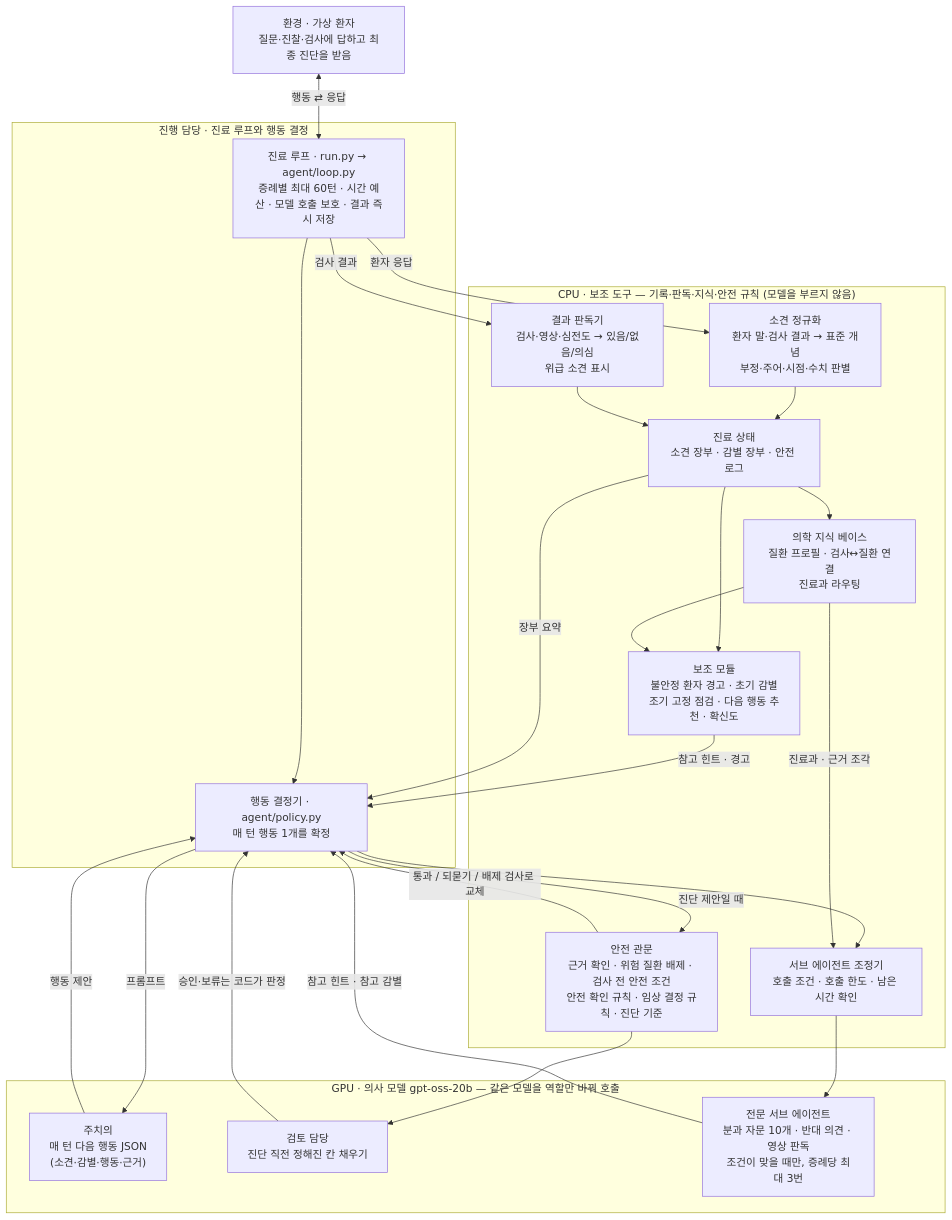
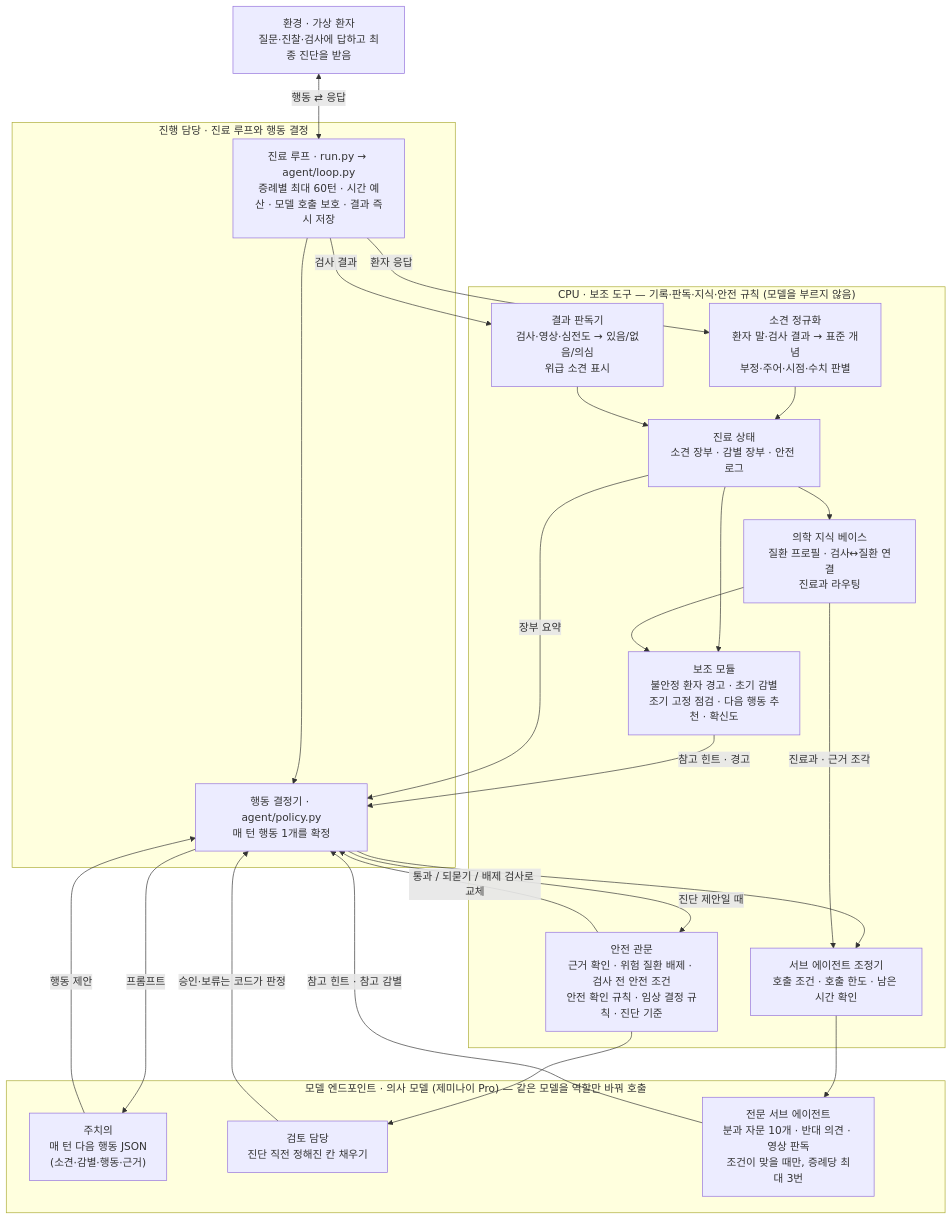
Before and after one commit to yunseul6028/Doctor-Agent: the first of 2 diagrams in README.md, drawn with Mermaid. The commit also changed other lines of this file and 15 other files, not shown here.

First line of the commit message:
Docs: reframe around Gemini Pro doctor (strong LLM reasons, code verifies)

````diff
--- a/README.md
+++ b/README.md
@@ -40,47 +42,47 @@
 ```mermaid
 flowchart TB
     ENV["환경 · 가상 환자<br/>질문·진찰·검사에 답하고 최종 진단을 받음"]
 
     subgraph RUN["진행 담당 · 진료 루프와 행동 결정"]
         LOOP["진료 루프 · run.py → agent/loop.py<br/>증례별 최대 60턴 · 시간 예산 · 모델 호출 보호 · 결과 즉시 저장"]
         POLICY["행동 결정기 · agent/policy.py<br/>매 턴 행동 1개를 확정"]
     end
 
-    subgraph GPU["GPU · 의사 모델 gpt-oss-20b — 같은 모델을 역할만 바꿔 호출"]
+    subgraph LLM["모델 엔드포인트 · 의사 모델 (제미나이 Pro) — 같은 모델을 역할만 바꿔 호출"]
         DOC["주치의<br/>매 턴 다음 행동 JSON<br/>(소견·감별·행동·근거)"]
         REV["검토 담당<br/>진단 직전 정해진 칸 채우기"]
         SUB["전문 서브 에이전트<br/>분과 자문 10개 · 반대 의견 · 영상 판독<br/>조건이 맞을 때만, 증례당 최대 3번"]
     end
 
     subgraph CPU["CPU · 보조 도구 — 기록·판독·지식·안전 규칙 (모델을 부르지 않음)"]
         NLP["소견 정규화<br/>환자 말·검사 결과 → 표준 개념<br/>부정·주어·시점·수치 판별"]
         INTERP["결과 판독기<br/>검사·영상·심전도 → 있음/없음/의심<br/>위급 소견 표시"]
         STATE["진료 상태<br/>소견 장부 · 감별 장부 · 안전 로그"]
         KB["의학 지식 베이스<br/>질환 프로필 · 검사↔질환 연결<br/>진료과 라우팅"]
         ADV["보조 모듈<br/>불안정 환자 경고 · 초기 감별<br/>조기 고정 점검 · 다음 행동 추천 · 확신도"]
         SAFE["안전 관문<br/>근거 확인 · 위험 질환 배제 · 검사 전 안전 조건<br/>안전 확인 규칙 · 임상 결정 규칙 · 진단 기준"]
         ORC["서브 에이전트 조정기<br/>호출 조건 · 호출 한도 · 남은 시간 확인"]
     end
 
     ENV <-->|"행동 ⇄ 응답"| LOOP
     LOOP --> POLICY
     LOOP -->|"환자 응답"| NLP
     LOOP -->|"검사 결과"| INTERP
     NLP --> STATE
     INTERP --> STATE
     STATE --> ADV
     STATE --> KB
     KB --> ADV
     ADV -->|"참고 힌트 · 경고"| POLICY
     STATE -->|"장부 요약"| POLICY
     POLICY -->|"프롬프트"| DOC
     DOC -->|"행동 제안"| POLICY
     POLICY -->|"진단 제안일 때"| SAFE
     SAFE -->|"통과 / 되묻기 / 배제 검사로 교체"| POLICY
     SAFE --> REV
     REV -->|"승인·보류는 코드가 판정"| POLICY
     POLICY --> ORC
     KB -->|"진료과 · 근거 조각"| ORC
     ORC --> SUB
     SUB -->|"참고 힌트 · 참고 감별"| POLICY
 ```
````
